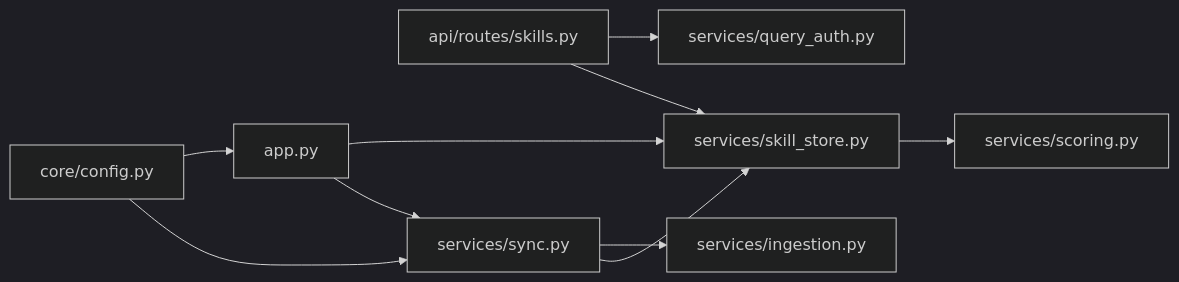
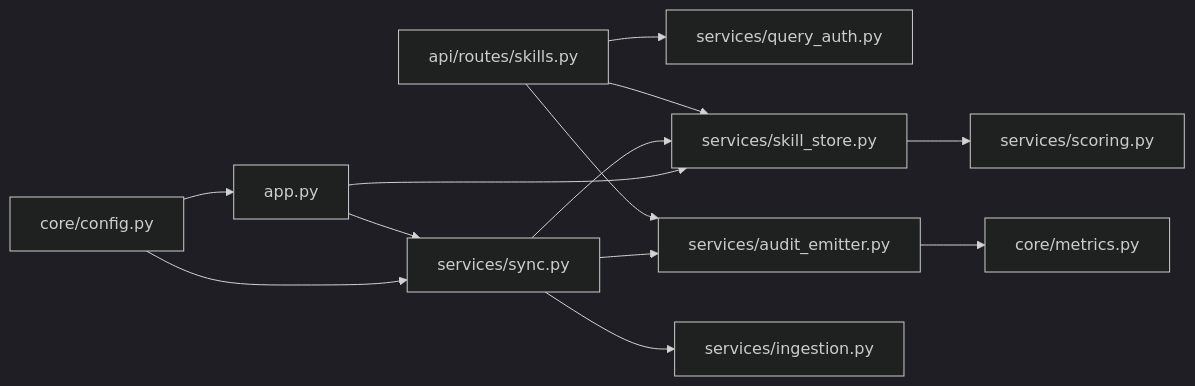
Before and after one commit to metasync/luban-aiops: the tenth of 12 diagrams in .qoder/repowiki/en/content/Deployment and Operations/Skills Hub Service.md, drawn with Mermaid (dark theme). The commit also changed other lines of this file and 8 other files, not shown here.

````diff
--- a/.qoder/repowiki/en/content/Deployment and Operations/Skills Hub Service.md
+++ b/.qoder/repowiki/en/content/Deployment and Operations/Skills Hub Service.md
@@ -350,12 +420,15 @@
 ```mermaid
 graph LR
 API["api/routes/skills.py"] --> QA["services/query_auth.py"]
 API --> SS["services/skill_store.py"]
+API --> AE["services/audit_emitter.py"]
 SS --> SC["services/scoring.py"]
 SYNC["services/sync.py"] --> INJ["services/ingestion.py"]
 SYNC --> SS
+SYNC --> AE
 APP["app.py"] --> SS
 APP --> SYNC
 CFG["core/config.py"] --> APP
 CFG --> SYNC
+AE --> METRICS["core/metrics.py"]
 ```
````
